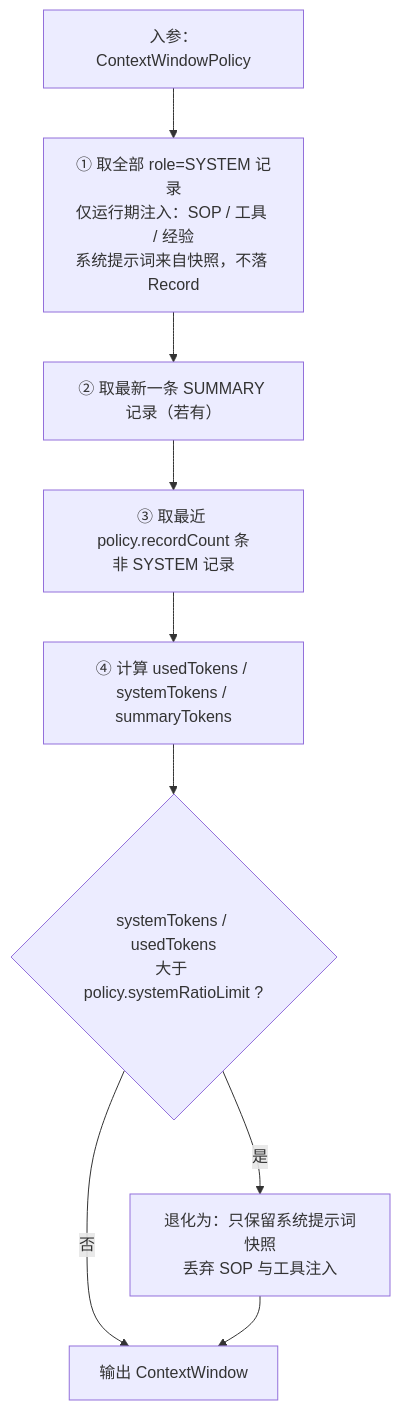
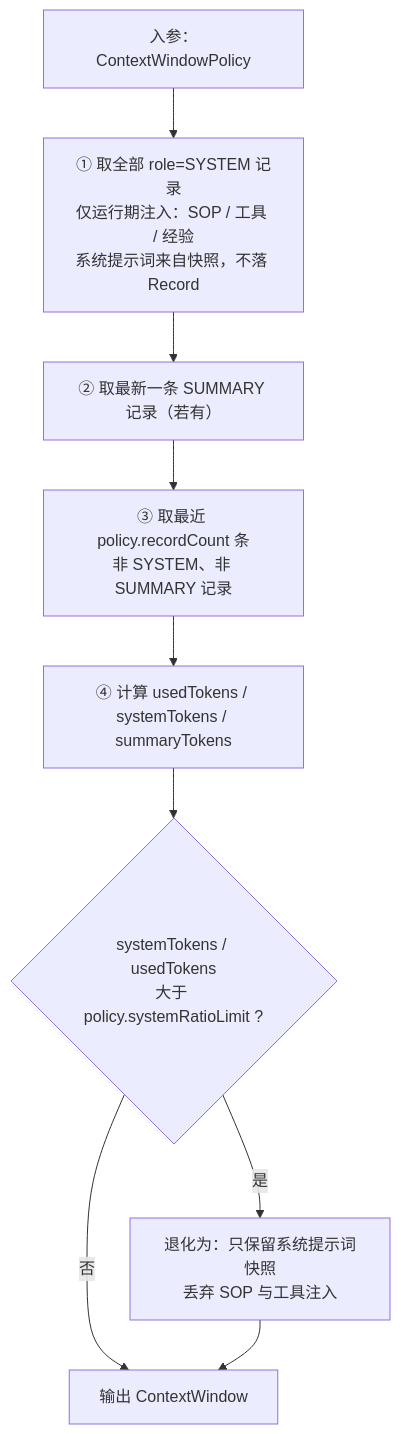
The sixth of 6 diagrams in model/模块-感知.md (zcd0831/Jellyfish-Docs), drawn with Mermaid before and after one commit. The commit also changed other lines of this file and 16 other files, not shown here.

````diff
--- a/model/模块-感知.md
+++ b/model/模块-感知.md
@@ -472,10 +486,10 @@
 ```mermaid
 flowchart TD
     A[入参：ContextWindowPolicy] --> B[① 取全部 role=SYSTEM 记录<br/>仅运行期注入：SOP / 工具 / 经验<br/>系统提示词来自快照，不落 Record]
     B --> C[② 取最新一条 SUMMARY 记录（若有）]
-    C --> D[③ 取最近 policy.recordCount 条<br/>非 SYSTEM 记录]
+    C --> D[③ 取最近 policy.recordCount 条<br/>非 SYSTEM、非 SUMMARY 记录]
     D --> E[④ 计算 usedTokens / systemTokens / summaryTokens]
     E --> F{systemTokens / usedTokens<br/>大于 policy.systemRatioLimit ?}
     F -- 否 --> H[输出 ContextWindow]
     F -- 是 --> G[退化为：只保留系统提示词快照<br/>丢弃 SOP 与工具注入] --> H
 ```
````
